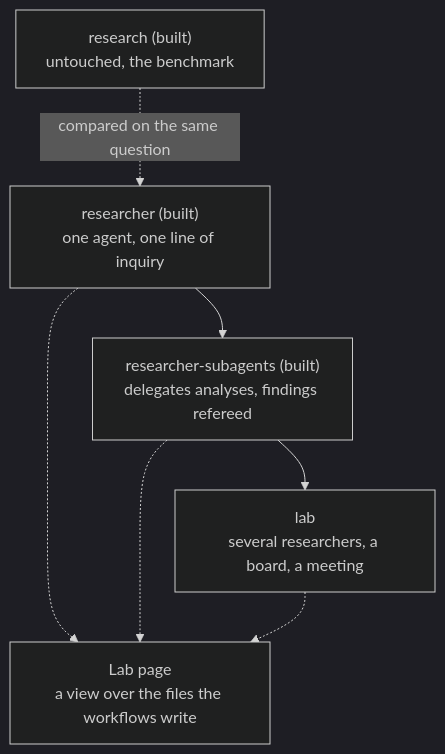
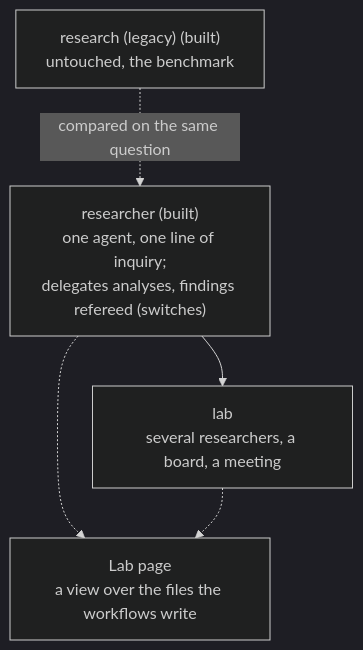
Before and after one commit to joaopn/research-sandbox: the diagram in docs/architecture/Research.md, drawn with Mermaid (dark theme). The commit also changed other lines of this file and 13 other files, not shown here.

First line of the commit message:
docs: the research types are researcher, companion and research (legacy)

````diff
--- a/docs/architecture/Research.md
+++ b/docs/architecture/Research.md
@@ -26,14 +25,11 @@
 ```mermaid
 flowchart TD
-  bench["research (built)<br/>untouched, the benchmark"]
-  r["researcher (built)<br/>one agent, one line of inquiry"]
-  rs["researcher-subagents (built)<br/>delegates analyses, findings refereed"]
+  bench["research (legacy) (built)<br/>untouched, the benchmark"]
+  r["researcher (built)<br/>one agent, one line of inquiry;<br/>delegates analyses, findings refereed (switches)"]
   lab["lab<br/>several researchers, a board, a meeting"]
   page["Lab page<br/>a view over the files the workflows write"]
-  r --> rs
-  rs --> lab
+  r --> lab
   r -.-> page
-  rs -.-> page
   lab -.-> page
   bench -.->|"compared on the same question"| r
 ```
````
